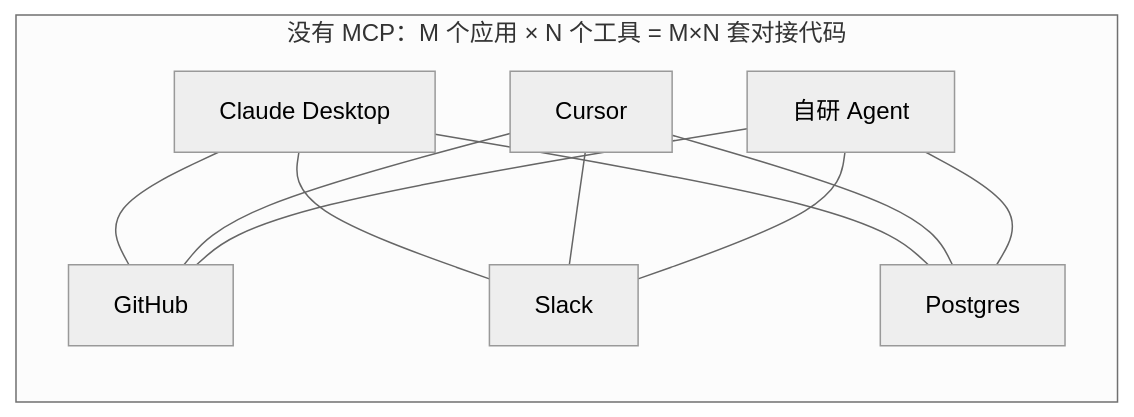
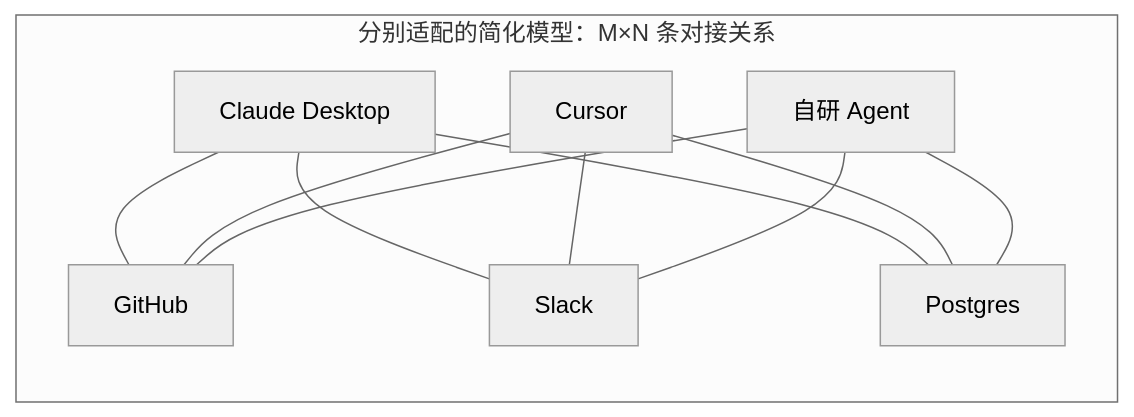
The first of 3 diagrams in docs/tools/02-mcp/04-what-is-mcp.md (oneleaveknowsthefall/awesome-ai-roadmap), drawn with Mermaid (neutral theme) before and after one commit. The commit also changed other lines of this file and 50 other files, not shown here.

````diff
--- a/docs/tools/02-mcp/04-what-is-mcp.md
+++ b/docs/tools/02-mcp/04-what-is-mcp.md
@@ -32,14 +32,14 @@
 ```mermaid
 flowchart LR
-    subgraph BEFORE["没有 MCP：M 个应用 × N 个工具 = M×N 套对接代码"]
+    subgraph BEFORE["分别适配的简化模型：M×N 条对接关系"]
         A1[Claude Desktop] --- T1[GitHub]
         A1 --- T2[Slack]
         A1 --- T3[Postgres]
         A2[Cursor] --- T1
         A2 --- T2
         A2 --- T3
         A3[自研 Agent] --- T1
         A3 --- T2
         A3 --- T3
     end
 ```
````
